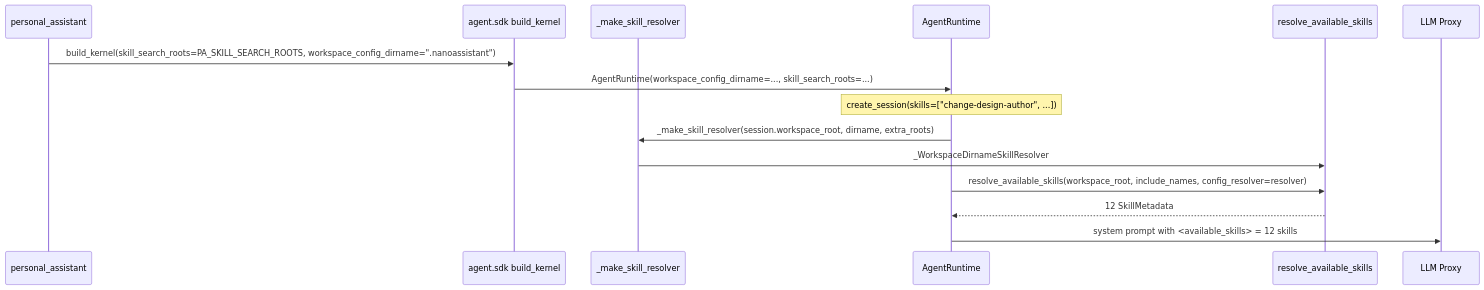
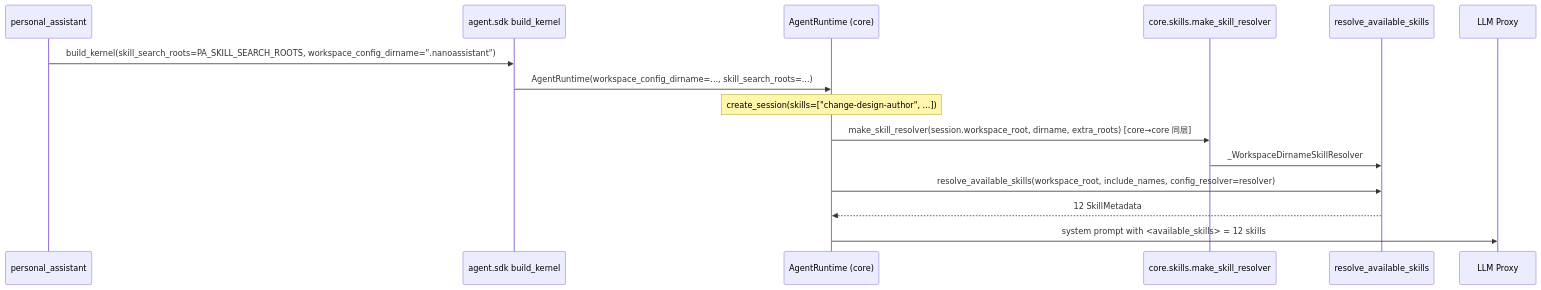
The second of 2 diagrams in docs/changes/bugfix-431-runtime-skill-resolution/design.md (Mrchen116/nano-multiagent), drawn with Mermaid before and after one commit. The commit also changed other lines of this file and 1 other file, not shown here.

Commit message:
docs(bugfix-431): 修正 helper 归属——下沉到 core 消除 core→sdk 反向依赖（吸收复审 CRITICAL）

````diff
--- a/docs/changes/bugfix-431-runtime-skill-resolution/design.md
+++ b/docs/changes/bugfix-431-runtime-skill-resolution/design.md
@@ -156,21 +159,21 @@
 ```mermaid
 sequenceDiagram
     participant PA as personal_assistant
     participant SDK as agent.sdk build_kernel
-    participant Helper as _make_skill_resolver
-    participant RT as AgentRuntime
+    participant RT as AgentRuntime (core)
+    participant Helper as core.skills.make_skill_resolver
     participant Disc as resolve_available_skills
     participant LLM as LLM Proxy
 
     PA->>SDK: build_kernel(skill_search_roots=PA_SKILL_SEARCH_ROOTS, workspace_config_dirname=".nanoassistant")
     SDK->>RT: AgentRuntime(workspace_config_dirname=..., skill_search_roots=...)
 
     Note over RT: create_session(skills=["change-design-author", ...])
 
-    RT->>Helper: _make_skill_resolver(session.workspace_root, dirname, extra_roots)
+    RT->>Helper: make_skill_resolver(session.workspace_root, dirname, extra_roots) [core→core 同层]
     Helper->>Disc: _WorkspaceDirnameSkillResolver
     RT->>Disc: resolve_available_skills(workspace_root, include_names, config_resolver=resolver)
     Disc-->>RT: 12 SkillMetadata
 
     RT->>LLM: system prompt with <available_skills> = 12 skills
 ```
````
